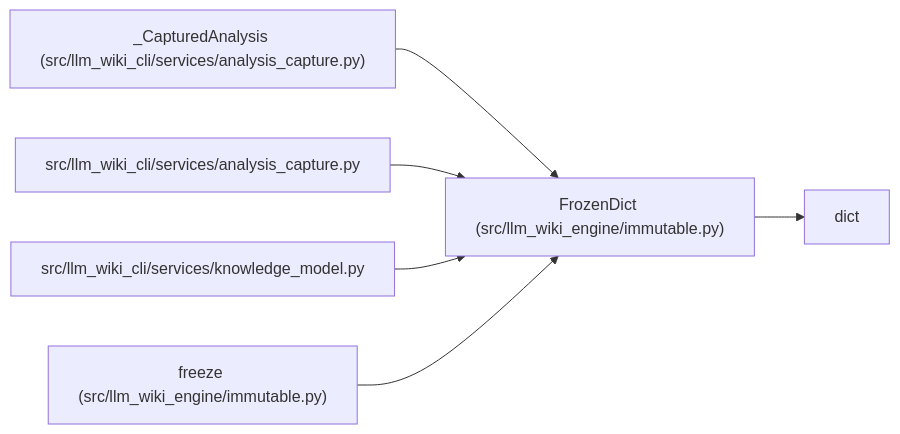
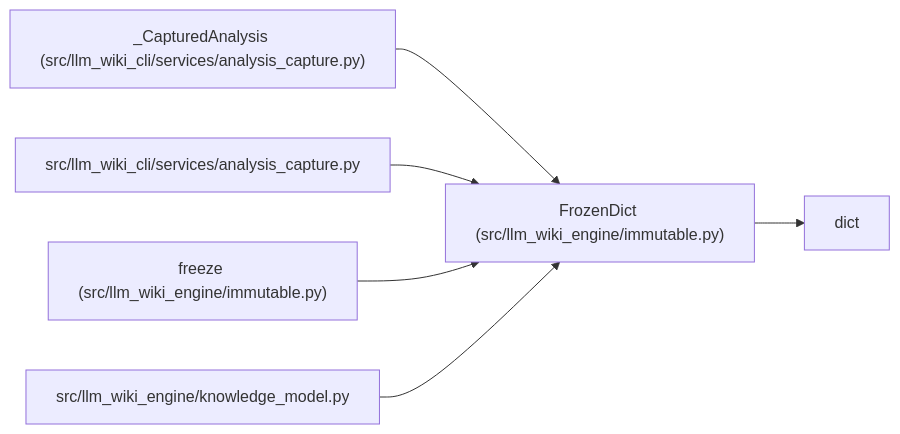
Before and after one commit to Denissvgn/python-wiki-llm: the diagram in docs/llm_wiki/entities/FrozenDict.md, drawn with Mermaid. The commit also changed 1058 other files, not shown here.

First line of the commit message:
docs: refresh the wiki for the knowledge store move

````diff
--- a/docs/llm_wiki/entities/FrozenDict.md
+++ b/docs/llm_wiki/entities/FrozenDict.md
@@ -25,19 +25,19 @@
 ```mermaid
 flowchart LR
     n0["FrozenDict (src/llm_wiki_engine/immutable.py)"]
     n1["dict"]
     n2["_CapturedAnalysis (src/llm_wiki_cli/services/analysis_capture.py)"]
     n3["src/llm_wiki_cli/services/analysis_capture.py"]
-    n4["src/llm_wiki_cli/services/knowledge_model.py"]
-    n5["freeze (src/llm_wiki_engine/immutable.py)"]
+    n4["freeze (src/llm_wiki_engine/immutable.py)"]
+    n5["src/llm_wiki_engine/knowledge_model.py"]
     n0 --> n1
     n2 --> n0
     n3 --> n0
     n4 --> n0
     n5 --> n0
     click n0 "../modules/immutable.md"
     click n2 "../modules/analysis_capture.md"
     click n3 "../modules/analysis_capture.md"
-    click n4 "../modules/knowledge_model.md"
-    click n5 "../modules/immutable.md"
+    click n4 "../modules/immutable.md"
+    click n5 "../modules/knowledge_model.md"
 ```
````
